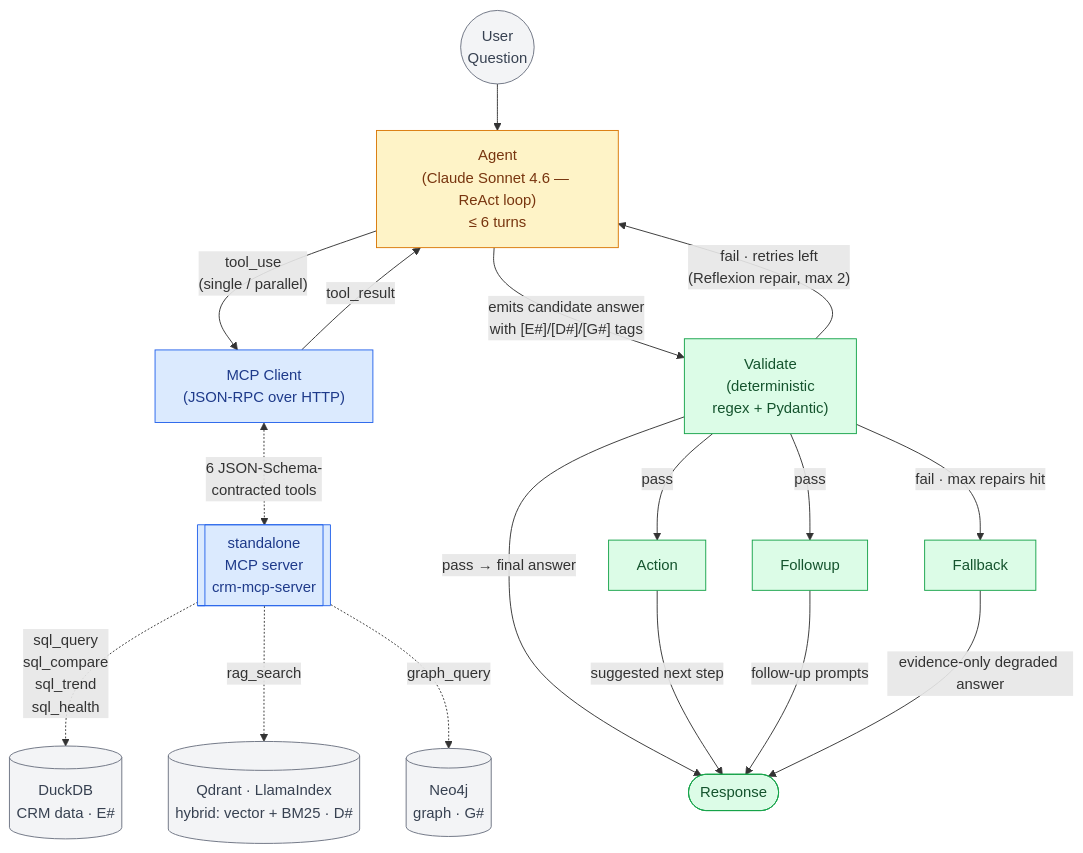
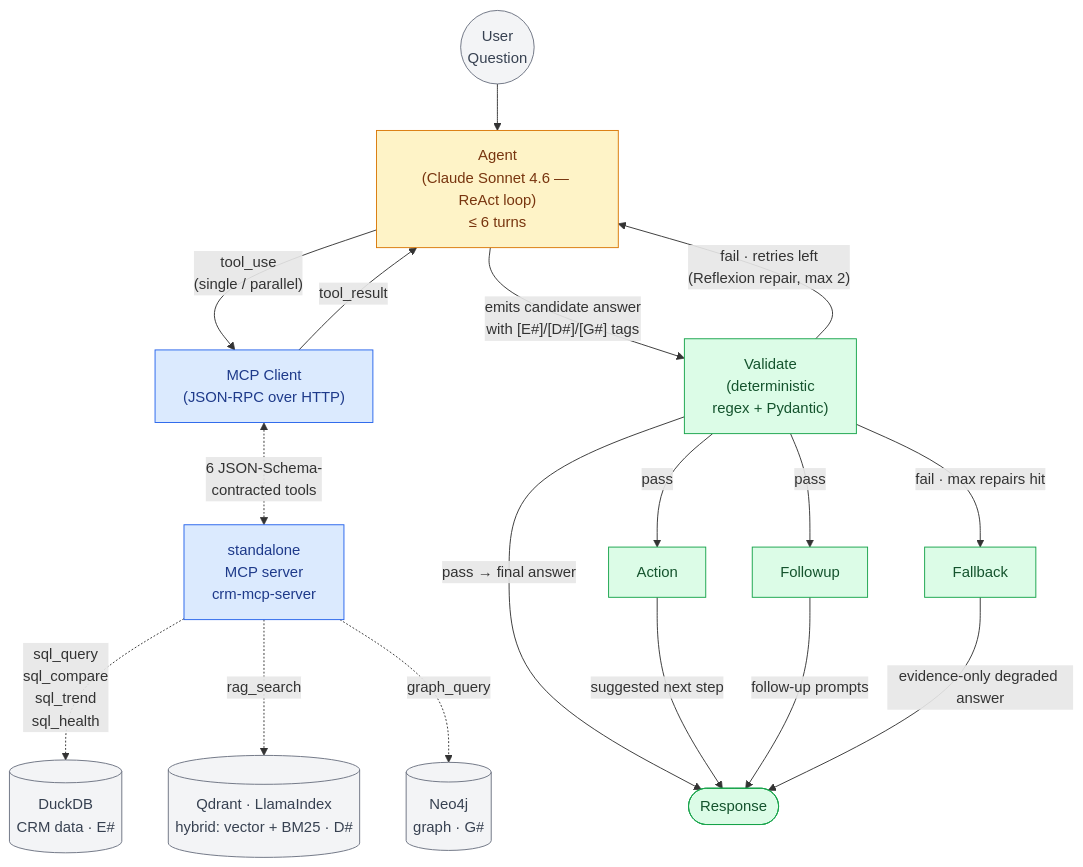
Before and after one commit to sazzad-kamal/crm-agentic-mcp-engine: the first of 6 diagrams in README.md, drawn with Mermaid.

Commit message:
D1: MCP server as plain rectangle (whiteboard-drawable; 4-shape legend)

````diff
--- a/README.md
+++ b/README.md
@@ -26,33 +26,33 @@
 ```mermaid
 flowchart TB
     Q(("User<br/>Question")) --> AGENT["Agent<br/>(Claude Sonnet 4.6 — ReAct loop)<br/>≤ 6 turns"]
 
     AGENT -->|"tool_use<br/>(single / parallel)"| MCP_CLIENT["MCP Client<br/>(JSON-RPC over HTTP)"]
-    MCP_CLIENT <-.->|"6 JSON-Schema-<br/>contracted tools"| MCPSRV[["standalone<br/>MCP server<br/>crm-mcp-server"]]
+    MCP_CLIENT <-.->|"6 JSON-Schema-<br/>contracted tools"| MCPSRV["standalone<br/>MCP server<br/>crm-mcp-server"]
     MCP_CLIENT -->|tool_result| AGENT
 
     AGENT -->|"emits candidate answer<br/>with [E#]/[D#]/[G#] tags"| VAL["Validate<br/>(deterministic<br/>regex + Pydantic)"]
     VAL -->|"fail · retries left<br/>(Reflexion repair, max 2)"| AGENT
     VAL -->|"fail · max repairs hit"| FB["Fallback"]
     VAL -->|"pass → final answer"| RESP
     VAL -->|pass| ACT["Action"] & FU["Followup"]
     ACT -->|"suggested next step"| RESP
     FU -->|"follow-up prompts"| RESP
     FB -->|"evidence-only degraded answer"| RESP
 
     RESP(["Response"])
 
     MCPSRV -.->|sql_query<br/>sql_compare<br/>sql_trend<br/>sql_health| DB[("DuckDB<br/>CRM data · E#")]
     MCPSRV -.->|rag_search| VS[("Qdrant · LlamaIndex<br/>hybrid: vector + BM25 · D#")]
     MCPSRV -.->|graph_query| N4[("Neo4j<br/>graph · G#")]
 
     classDef agent fill:#fef3c7,stroke:#d97706,color:#78350f
     classDef tool fill:#dbeafe,stroke:#2563eb,color:#1e3a8a
     classDef response fill:#dcfce7,stroke:#16a34a,color:#14532d
     classDef boundary fill:#f3f4f6,stroke:#6b7280,color:#374151
 
     class AGENT agent
     class MCP_CLIENT,MCPSRV tool
     class VAL,ACT,FU,FB,RESP response
     class Q,DB,VS,N4 boundary
 ```
````
